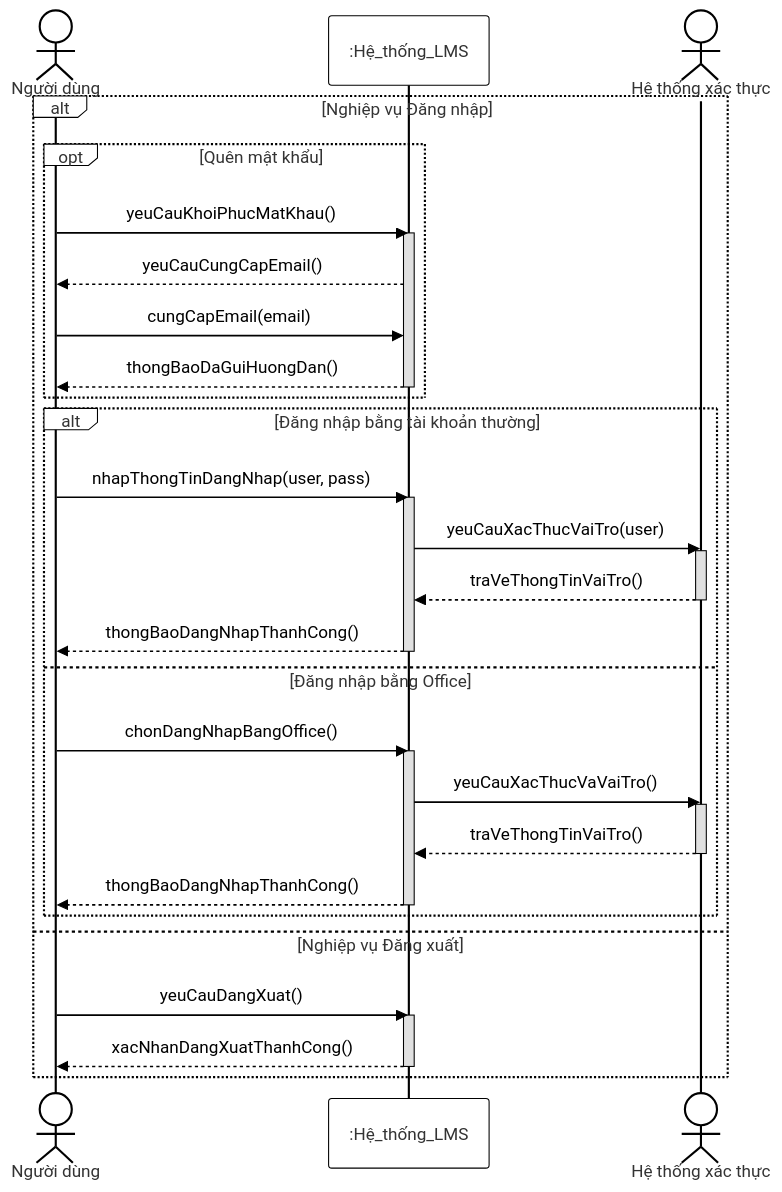
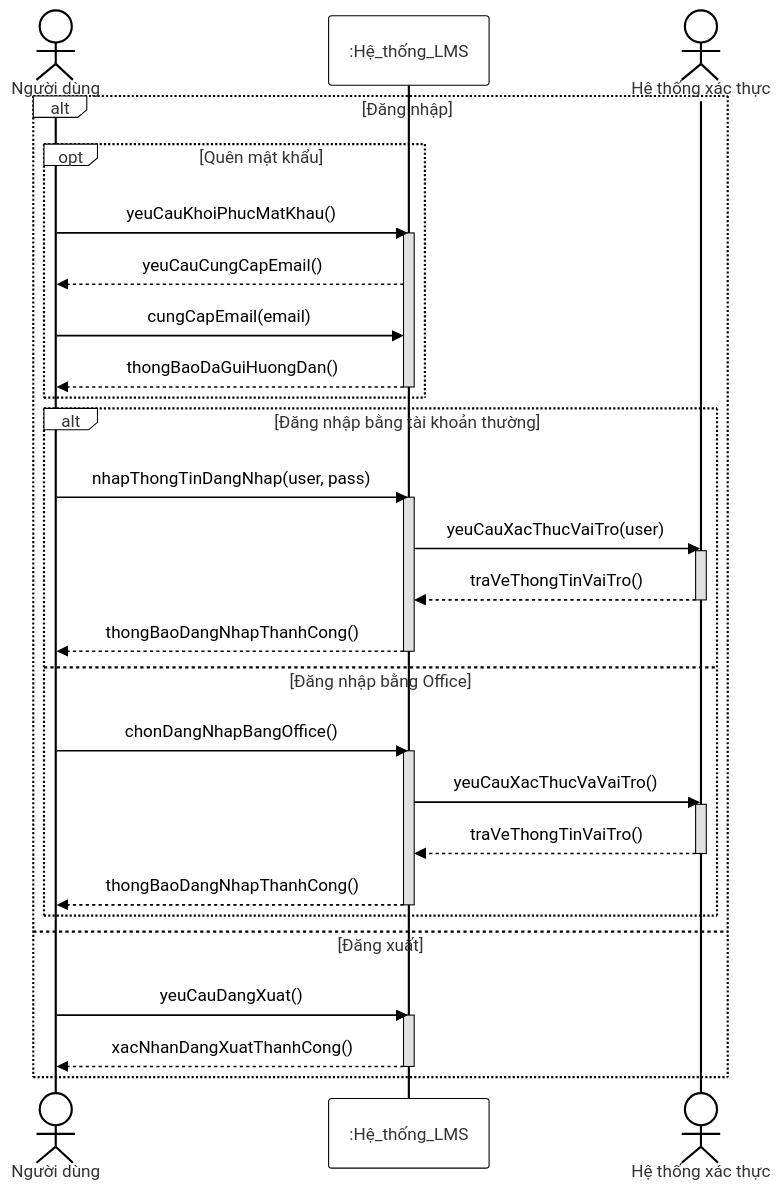
One commit to NguyenViet-281205/PTTKHT changed the diagram in dangnhapdangxuat.md. Above: the diagram before and after it, drawn with Mermaid.

````diff
--- a/dangnhapdangxuat.md
+++ b/dangnhapdangxuat.md
@@ -1,53 +1,53 @@
 ```mermaid
 %%{init: { 'theme': 'base', 'themeVariables': { 'primaryColor': '#ffffff', 'primaryBorderColor': '#000000', 'lineColor': '#000000', 'textColor': '#000000', 'actorBkg': '#ffffff', 'actorBorder': '#000000', 'signalColor': '#000000', 'signalTextColor': '#000000', 'activationBorderColor': '#000000', 'activationBkgColor': '#e0e0e0', 'noteBkgColor': '#ffffff', 'noteBorderColor': '#000000' } } }%%
 sequenceDiagram
     actor ND as Người dùng
     participant Sys as :Hệ_thống_LMS
     actor HT as Hệ thống xác thực
 
-    alt Nghiệp vụ Đăng nhập
+    alt Đăng nhập
         %% Luồng mở rộng (Extend): Quên mật khẩu
         opt Quên mật khẩu
             ND->>Sys: yeuCauKhoiPhucMatKhau()
             activate Sys
             Sys-->>ND: yeuCauCungCapEmail()
             ND->>Sys: cungCapEmail(email)
             Sys-->>ND: thongBaoDaGuiHuongDan()
             deactivate Sys
         end
 
         %% Lựa chọn phương thức đăng nhập (Kế thừa Use Case Đăng nhập)
         alt Đăng nhập bằng tài khoản thường
             ND->>Sys: nhapThongTinDangNhap(user, pass)
             activate Sys
             
             %% Luồng bắt buộc (Include): Xác thực vai trò
             Sys->>HT: yeuCauXacThucVaiTro(user)
             activate HT
             HT-->>Sys: traVeThongTinVaiTro()
             deactivate HT
             
             Sys-->>ND: thongBaoDangNhapThanhCong()
             deactivate Sys
 
         else Đăng nhập bằng Office
             ND->>Sys: chonDangNhapBangOffice()
             activate Sys
             
             %% Luồng bắt buộc (Include): Xác thực vai trò
             Sys->>HT: yeuCauXacThucVaVaiTro()
             activate HT
             HT-->>Sys: traVeThongTinVaiTro()
             deactivate HT
             
             Sys-->>ND: thongBaoDangNhapThanhCong()
             deactivate Sys
         end
 
-    else Nghiệp vụ Đăng xuất
+    else Đăng xuất
         ND->>Sys: yeuCauDangXuat()
         activate Sys
         Sys-->>ND: xacNhanDangXuatThanhCong()
         deactivate Sys
     end
 ```
````
